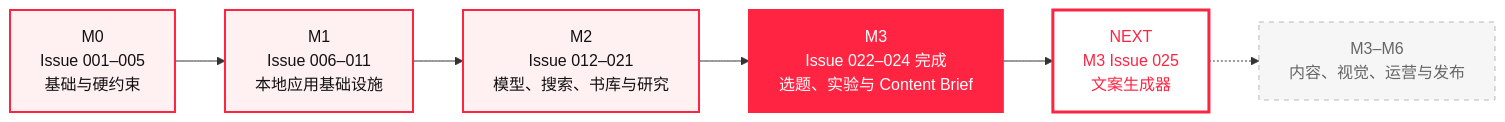
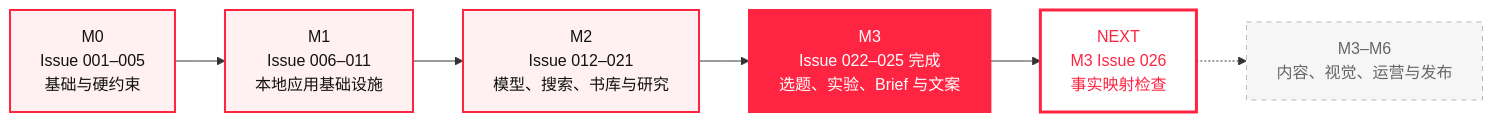
One commit to KAtOReNA7/Rednote-Automated-Operation-Tool changed the first of 2 diagrams in README.md. Above: the diagram before and after it, drawn with Mermaid. The commit also changed other lines of this file and 76 other files, not shown here.

````diff
--- a/README.md
+++ b/README.md
@@ -63,18 +65,18 @@
 ```mermaid
 flowchart LR
     M0["M0<br/>Issue 001–005<br/>基础与硬约束"] --> M1["M1<br/>Issue 006–011<br/>本地应用基础设施"]
     M1 --> M2["M2<br/>Issue 012–021<br/>模型、搜索、书库与研究"]
-    M2 --> M3["M3<br/>Issue 022–024 完成<br/>选题、实验与 Content Brief"]
-    M3 --> NEXT["NEXT<br/>M3 Issue 025<br/>文案生成器"]
+    M2 --> M3["M3<br/>Issue 022–025 完成<br/>选题、实验、Brief 与文案"]
+    M3 --> NEXT["NEXT<br/>M3 Issue 026<br/>事实映射检查"]
     NEXT -.-> FUTURE["M3–M6<br/>内容、视觉、运营与发布"]
 
     classDef done fill:#fff0f2,stroke:#ff2442,color:#111,stroke-width:2px;
     classDef active fill:#ff2442,stroke:#ff2442,color:#fff,stroke-width:2px;
     classDef next fill:#fff,stroke:#ff2442,color:#ff2442,stroke-width:3px;
     classDef future fill:#f6f6f6,stroke:#b8b8b8,color:#666,stroke-dasharray:5 5;
 
     class M0,M1,M2 done;
     class M3 active;
     class NEXT next;
     class FUTURE future;
 ```
````
